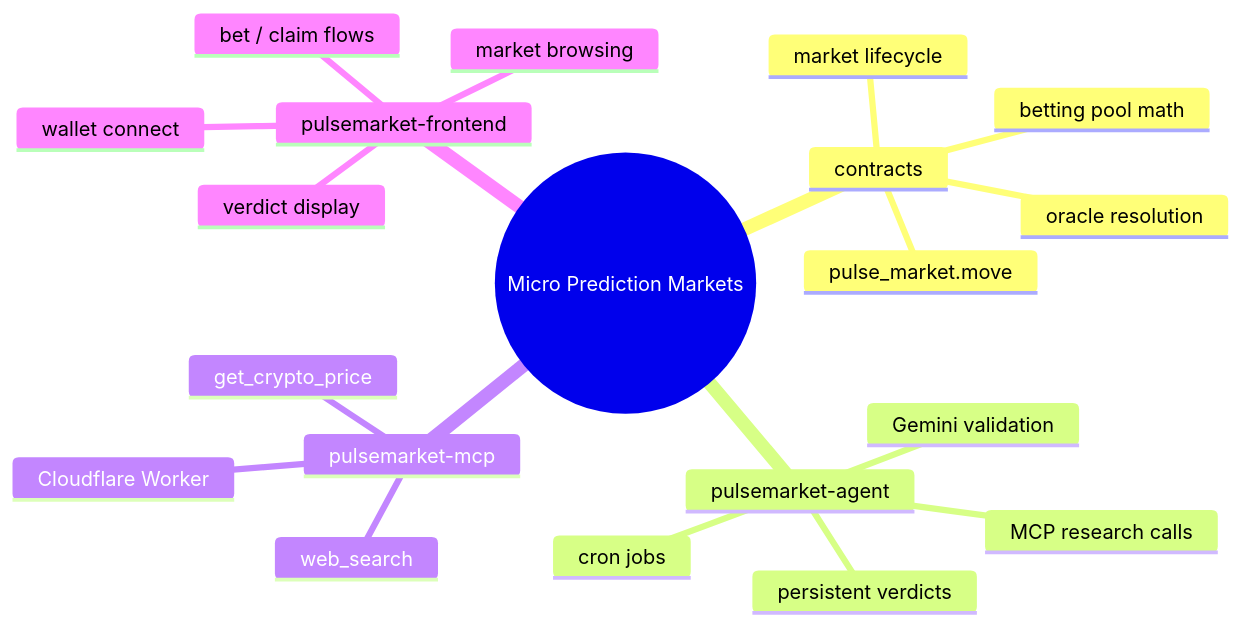
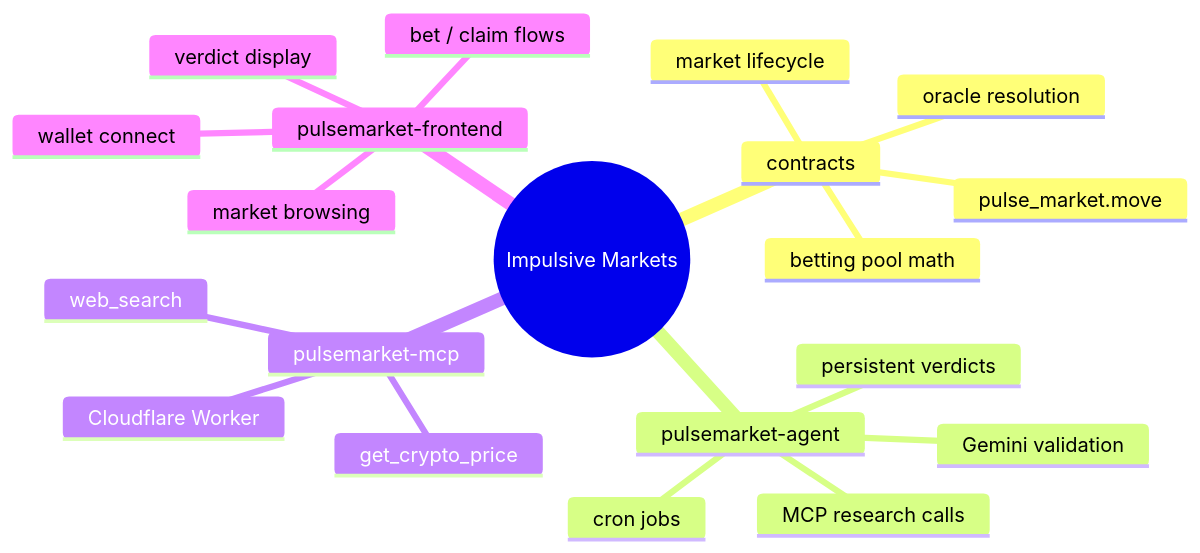
One commit to divin3circle/micro-prediction-markets changed the third of 3 diagrams in README.md. Above: the diagram before and after it, drawn with Mermaid. The commit also changed other lines of this file and 2 other files, not shown here.

Commit message:
feat: rename project to Impulsive Markets and update related documentation

````diff
--- a/README.md
+++ b/README.md
@@ -70,23 +70,23 @@
 ```mermaid
 mindmap
-  root((Micro Prediction Markets))
+  root((Impulsive Markets))
     contracts
       pulse_market.move
       market lifecycle
       betting pool math
       oracle resolution
     pulsemarket-agent
       cron jobs
       Gemini validation
       MCP research calls
       persistent verdicts
     pulsemarket-mcp
       web_search
       get_crypto_price
       Cloudflare Worker
     pulsemarket-frontend
       wallet connect
       market browsing
       bet / claim flows
       verdict display
 ```
````
